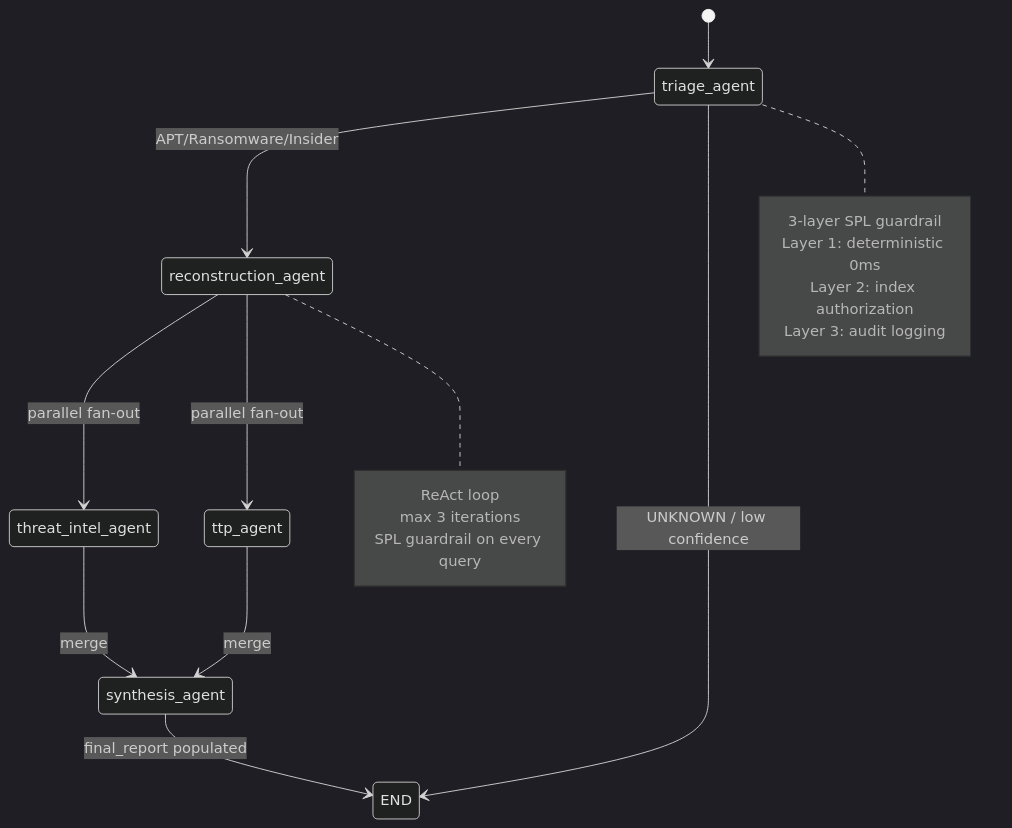
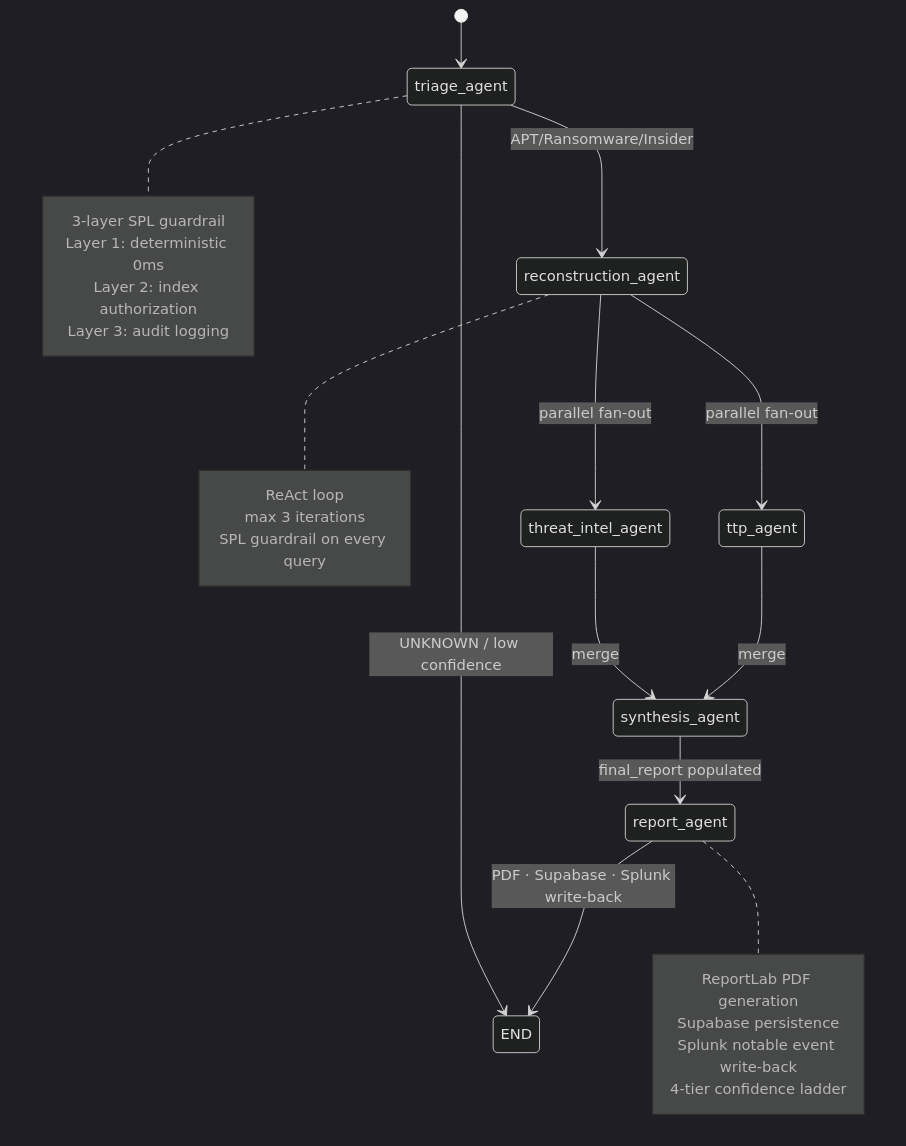
The fourth of 6 diagrams in README.md (Asembris/splunk-sentinel), drawn with Mermaid (dark theme) before and after one commit. The commit also changed other lines of this file, not shown here.

````diff
--- a/README.md
+++ b/README.md
@@ -163,28 +170,36 @@
 ```mermaid
 stateDiagram-v2
     [*] --> triage_agent
     
     triage_agent --> reconstruction_agent: APT/Ransomware/Insider
     triage_agent --> END: UNKNOWN / low confidence
     
     reconstruction_agent --> threat_intel_agent: parallel fan-out
     reconstruction_agent --> ttp_agent: parallel fan-out
     
     threat_intel_agent --> synthesis_agent: merge
     ttp_agent --> synthesis_agent: merge
     
-    synthesis_agent --> END: final_report populated
+    synthesis_agent --> report_agent: final_report populated
+    report_agent --> END: PDF · Supabase · Splunk write-back
+    
+    note right of report_agent
+        ReportLab PDF generation
+        Supabase persistence
+        Splunk notable event write-back
+        4-tier confidence ladder
+    end note
     
     note right of reconstruction_agent
         ReAct loop
         max 3 iterations
         SPL guardrail on every query
     end note
     
     note right of triage_agent
         3-layer SPL guardrail
         Layer 1: deterministic 0ms
         Layer 2: index authorization
         Layer 3: audit logging
     end note
 ```
````
